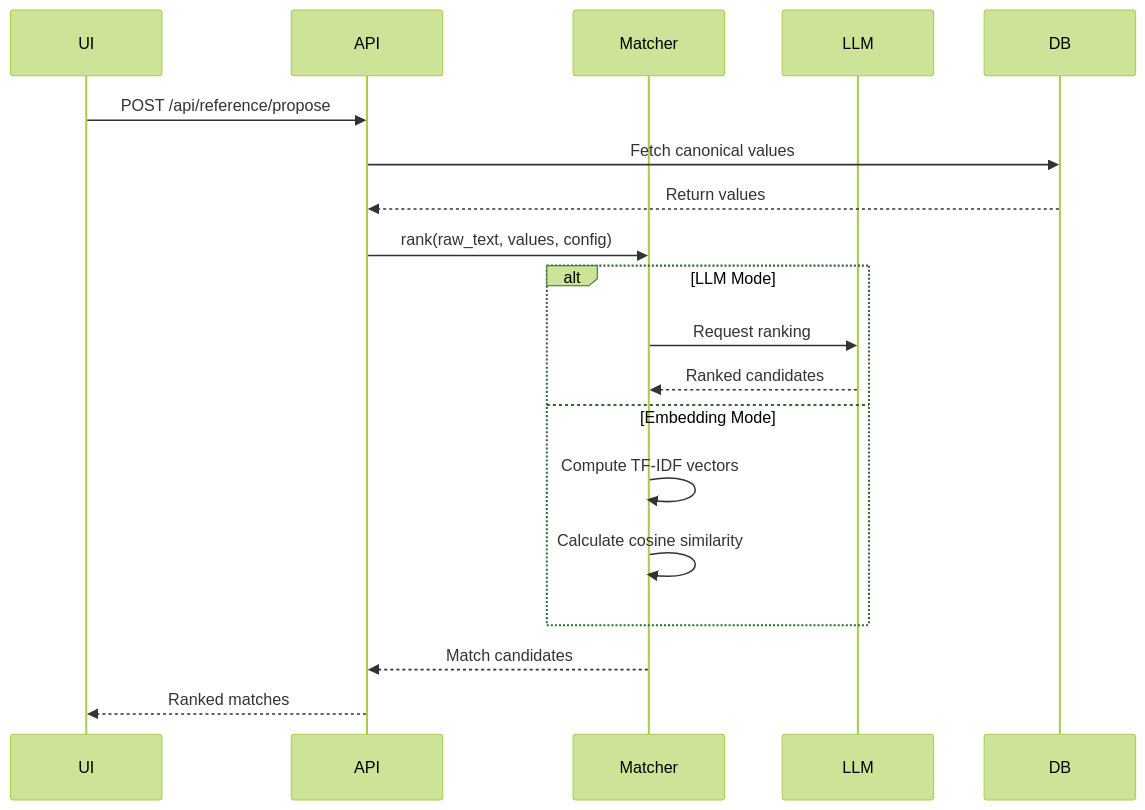
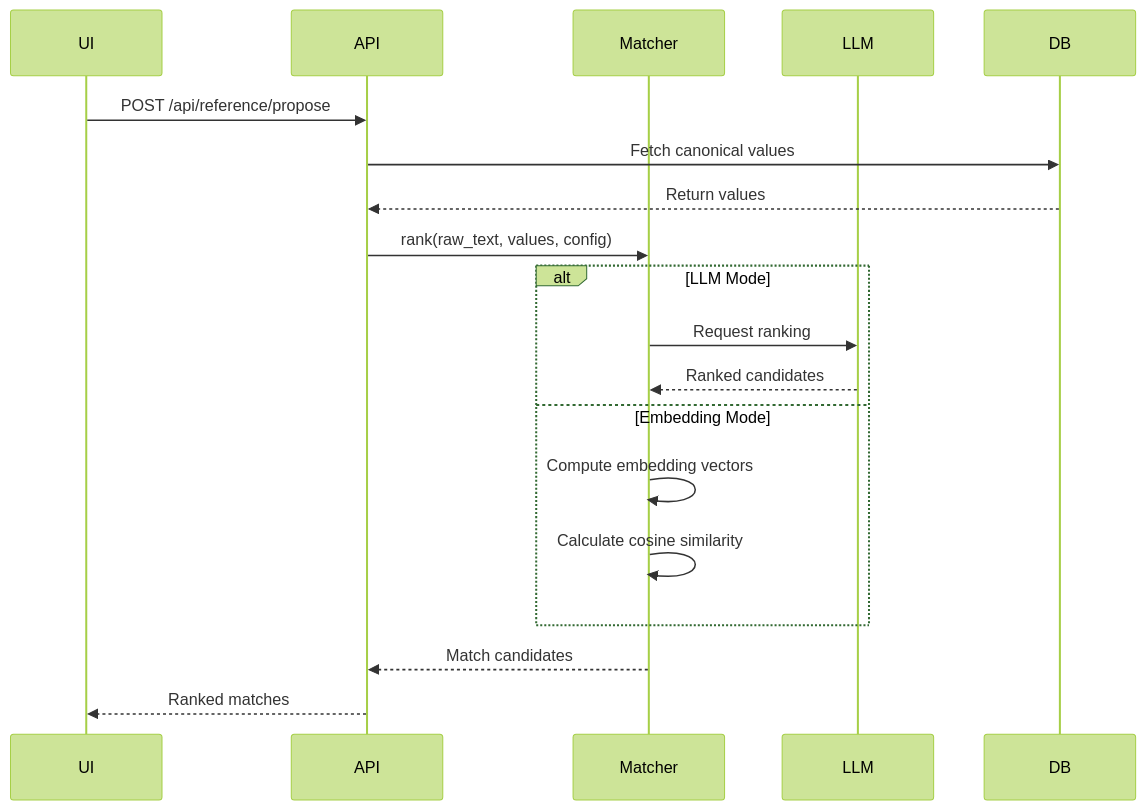
Before and after one commit to rezer-bleede/refdata-hub: the second of 5 diagrams in docs/architecture.md, drawn with Mermaid (forest theme). The commit also changed other lines of this file and 26 other files, not shown here.

First line of the commit message:
feat(matcher): replace TF-IDF with fastembed semantic embeddings

````diff
--- a/docs/architecture.md
+++ b/docs/architecture.md
@@ -124,24 +127,24 @@
 ```mermaid
 sequenceDiagram
     participant UI
     participant API
     participant Matcher
     participant LLM
     participant DB
     
     UI->>API: POST /api/reference/propose
     API->>DB: Fetch canonical values
     DB-->>API: Return values
     API->>Matcher: rank(raw_text, values, config)
     
     alt LLM Mode
         Matcher->>LLM: Request ranking
         LLM-->>Matcher: Ranked candidates
     else Embedding Mode
-        Matcher->>Matcher: Compute TF-IDF vectors
+        Matcher->>Matcher: Compute embedding vectors
         Matcher->>Matcher: Calculate cosine similarity
     end
     
     Matcher-->>API: Match candidates
     API-->>UI: Ranked matches
 ```
````
